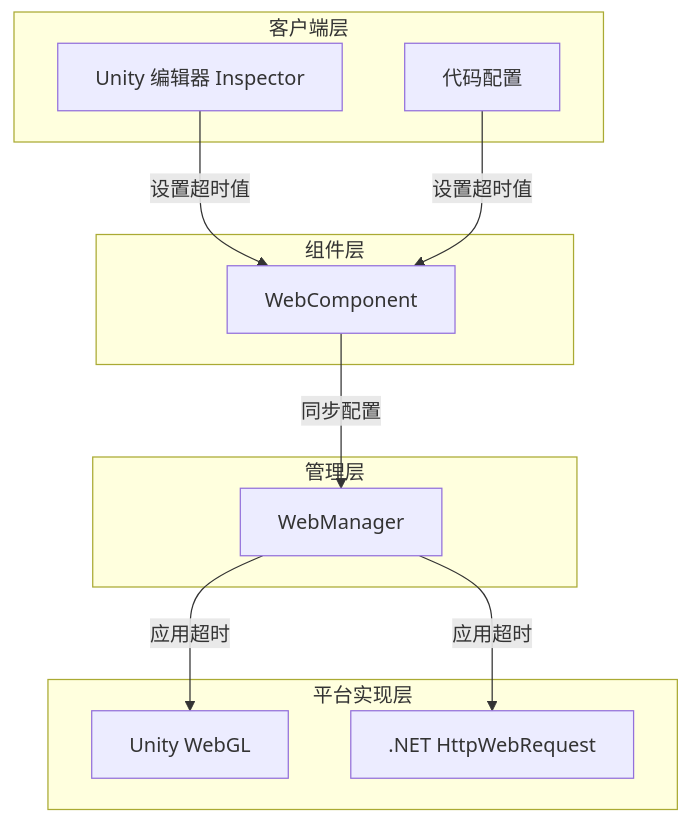
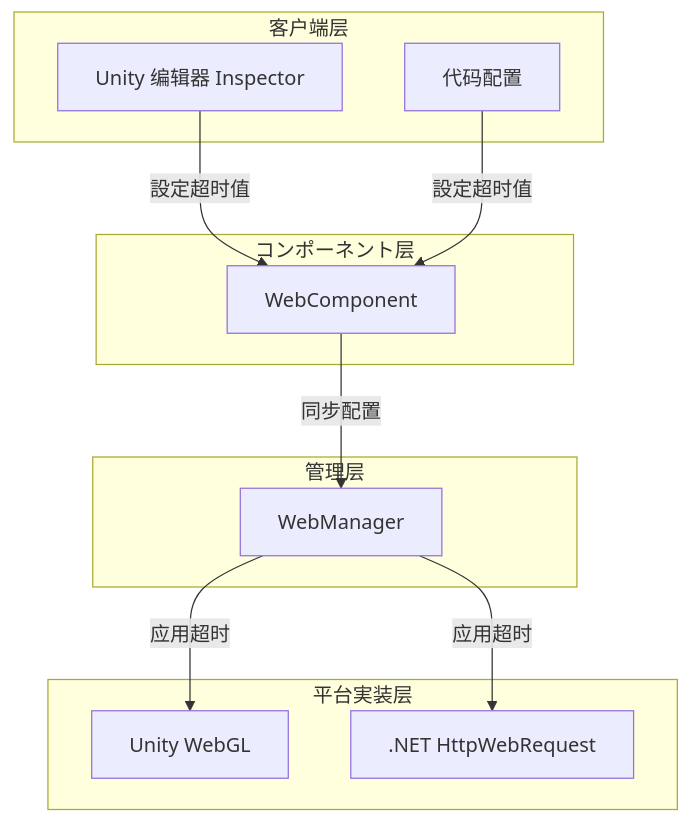
One commit to AlianBlank/GameFrameX.Docs changed the first of 3 diagrams in docs/ja/client/unity/component/web/10.timeout-settings.md. Above: the diagram before and after it, drawn with Mermaid. The commit also changed other lines of this file and 603 other files, not shown here.

````diff
--- a/docs/ja/client/unity/component/web/10.timeout-settings.md
+++ b/docs/ja/client/unity/component/web/10.timeout-settings.md
@@ -21,26 +21,26 @@
 ```mermaid
 flowchart TD
     subgraph Client["客户端层"]
         Inspector[Unity 编辑器 Inspector]
         Code[代码配置]
     end
 
-    subgraph Component["组件层"]
+    subgraph Component["コンポーネント层"]
         WebComponent[WebComponent]
     end
 
     subgraph Manager["管理层"]
         WebManager[WebManager]
     end
 
-    subgraph Platform["平台实现层"]
+    subgraph Platform["平台実装层"]
         WebGL[Unity WebGL]
         DotNet[.NET HttpWebRequest]
     end
 
-    Inspector -->|设置超时值| WebComponent
-    Code -->|设置超时值| WebComponent
+    Inspector -->|設定超时值| WebComponent
+    Code -->|設定超时值| WebComponent
     WebComponent -->|同步配置| WebManager
     WebManager -->|应用超时| WebGL
     WebManager -->|应用超时| DotNet
 ```
````
